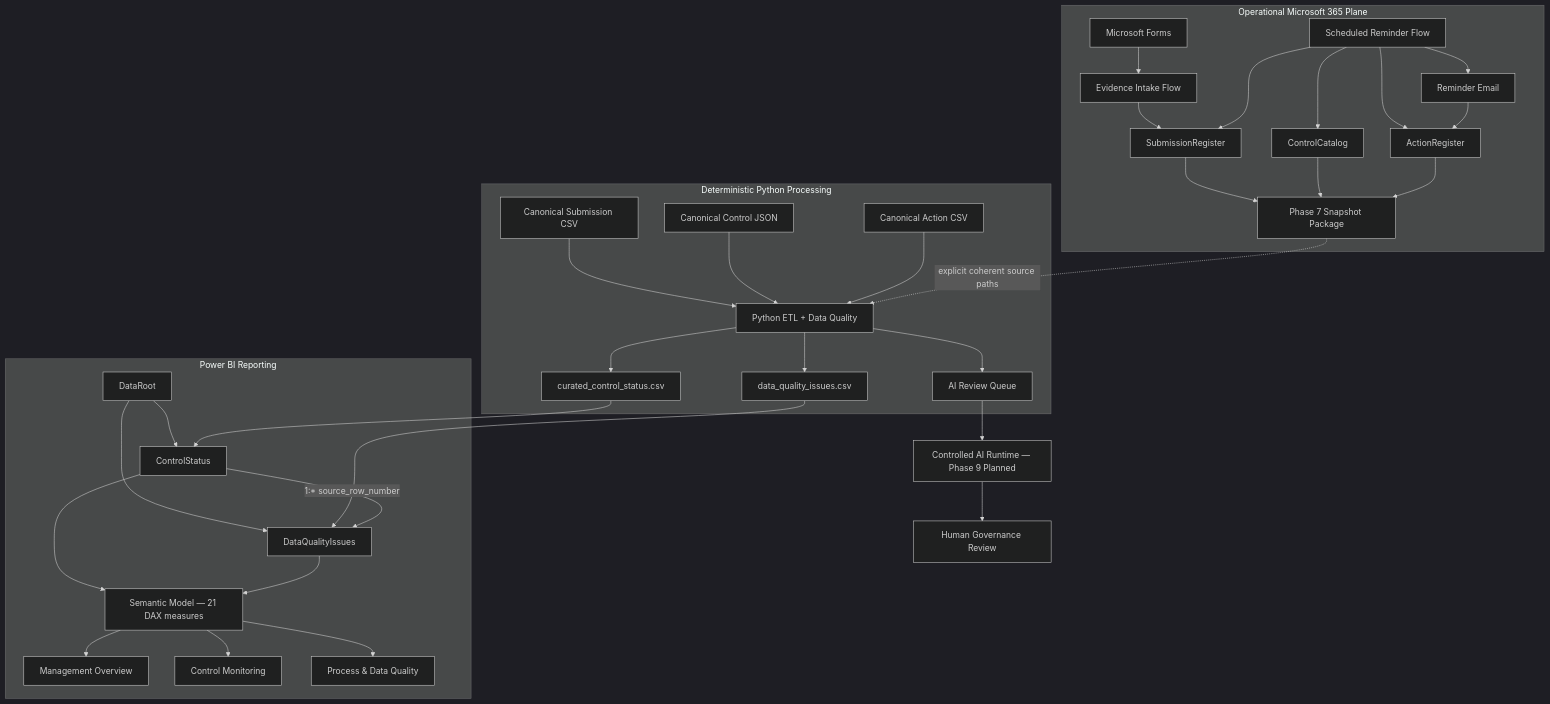
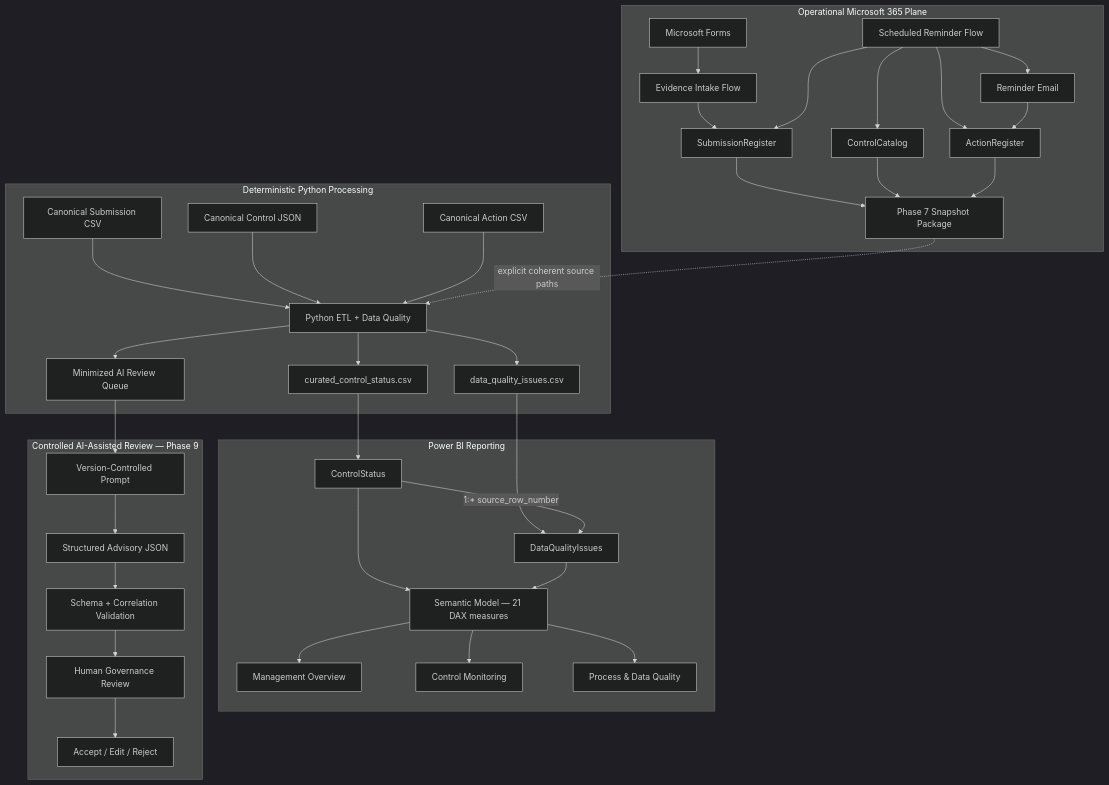
Before and after one commit to gw-ai-security/cyber-governance-automation-lab: the diagram in README.md, drawn with Mermaid (dark theme). The commit also changed other lines of this file, not shown here.

Commit message:
docs: synchronize README with completed Phase 9

````diff
--- a/README.md
+++ b/README.md
@@ -117,41 +127,44 @@
 ```mermaid
 flowchart TD
     subgraph OP[Operational Microsoft 365 Plane]
         A[Microsoft Forms] --> B[Evidence Intake Flow]
         B --> C[SubmissionRegister]
         D[Scheduled Reminder Flow] --> C
         D --> E[ControlCatalog]
         D --> F[ActionRegister]
         D --> G[Reminder Email]
         G --> F
         C --> S[Phase 7 Snapshot Package]
         E --> S
         F --> S
     end
 
     subgraph PY[Deterministic Python Processing]
         H[Canonical Submission CSV] --> K[Python ETL + Data Quality]
         I[Canonical Control JSON] --> K
         J[Canonical Action CSV] --> K
         S -. explicit coherent source paths .-> K
         K --> L[curated_control_status.csv]
         K --> M[data_quality_issues.csv]
-        K --> N[AI Review Queue]
+        K --> N[Minimized AI Review Queue]
     end
 
     subgraph BI[Power BI Reporting]
-        DR[DataRoot] --> P[ControlStatus]
-        DR --> O[DataQualityIssues]
-        L --> P
-        M --> O
+        L --> P[ControlStatus]
+        M --> O[DataQualityIssues]
         P -->|1:* source_row_number| O
         P --> R[Semantic Model — 21 DAX measures]
         O --> R
         R --> U[Management Overview]
         R --> V[Control Monitoring]
         R --> W[Process & Data Quality]
     end
 
-    N --> Q[Controlled AI Runtime — Phase 9 Planned]
-    Q --> T[Human Governance Review]
+    subgraph AI[Controlled AI-Assisted Review — Phase 9]
+        N --> Q[Version-Controlled Prompt]
+        Q --> X[Structured Advisory JSON]
+        X --> Y[Schema + Correlation Validation]
+        Y --> T[Human Governance Review]
+        T --> Z[Accept / Edit / Reject]
+    end
 ```
````
